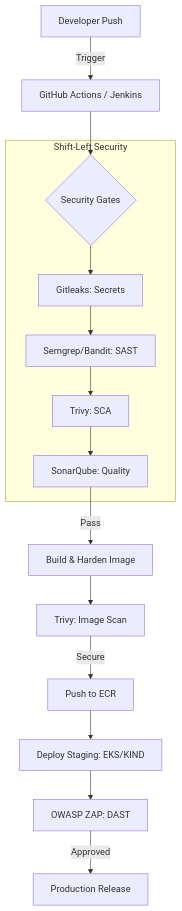
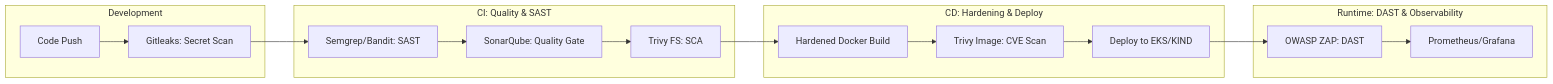
Before and after one commit to bittush8789/DevSecOps-CI-CD-Security-Pipeline: the diagram in README.md, drawn with Mermaid. The commit also changed other lines of this file, not shown here.

````diff
--- a/README.md
+++ b/README.md
@@ -25,20 +24,23 @@
 ```mermaid
-graph TD
-    A[Developer Push] -->|Trigger| B[GitHub Actions / Jenkins]
-    B --> C{Security Gates}
-    
-    subgraph "Shift-Left Security"
-    C --> D[Gitleaks: Secrets]
-    D --> E[Semgrep/Bandit: SAST]
-    E --> F[Trivy: SCA]
-    F --> G[SonarQube: Quality]
+graph LR
+    subgraph "Development"
+    A[Code Push] --> B[Gitleaks: Secret Scan]
     end
     
-    G -->|Pass| H[Build & Harden Image]
-    H --> I[Trivy: Image Scan]
-    I -->|Secure| J[Push to ECR]
+    subgraph "CI: Quality & SAST"
+    B --> C[Semgrep/Bandit: SAST]
+    C --> D[SonarQube: Quality Gate]
+    D --> E[Trivy FS: SCA]
+    end
     
-    J --> K[Deploy Staging: EKS/KIND]
-    K --> L[OWASP ZAP: DAST]
-    L -->|Approved| M[Production Release]
+    subgraph "CD: Hardening & Deploy"
+    E --> F[Hardened Docker Build]
+    F --> G[Trivy Image: CVE Scan]
+    G --> H[Deploy to EKS/KIND]
+    end
+    
+    subgraph "Runtime: DAST & Observability"
+    H --> I[OWASP ZAP: DAST]
+    I --> J[Prometheus/Grafana]
+    end
 ```
````
